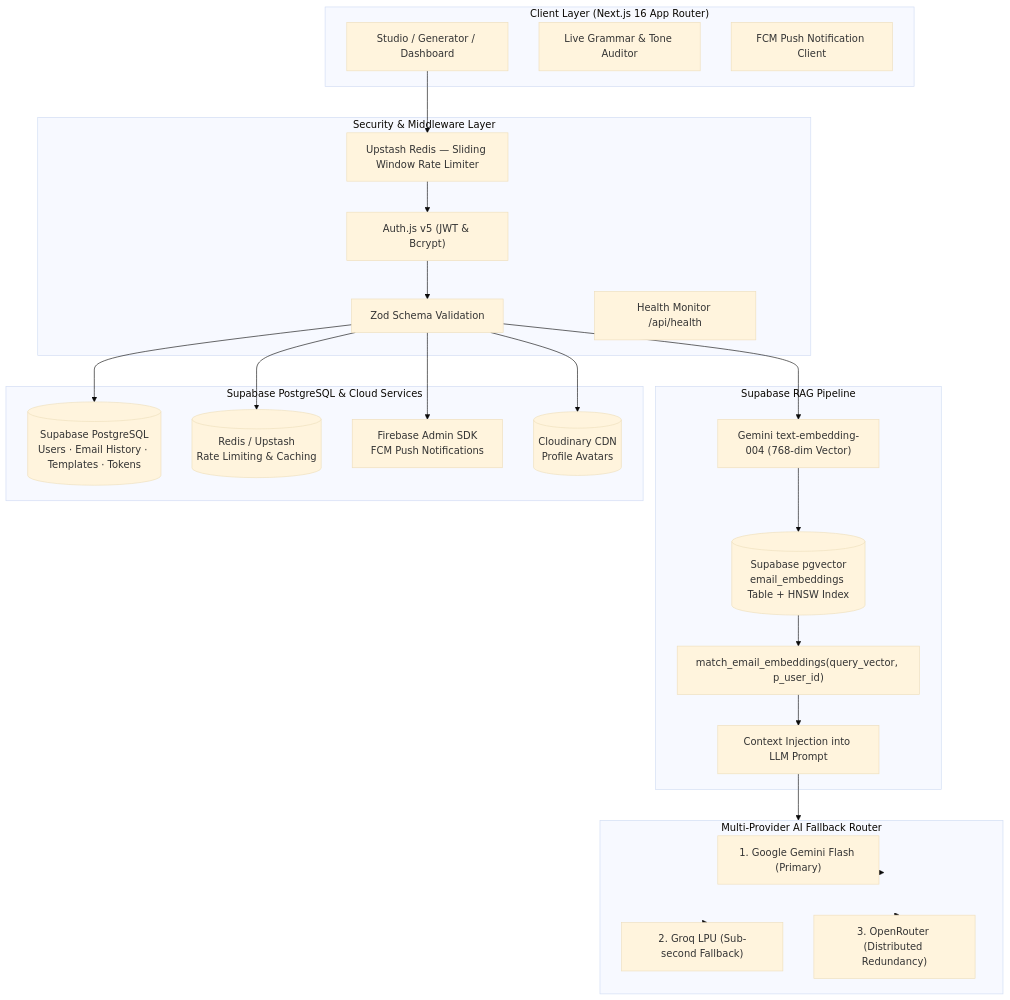
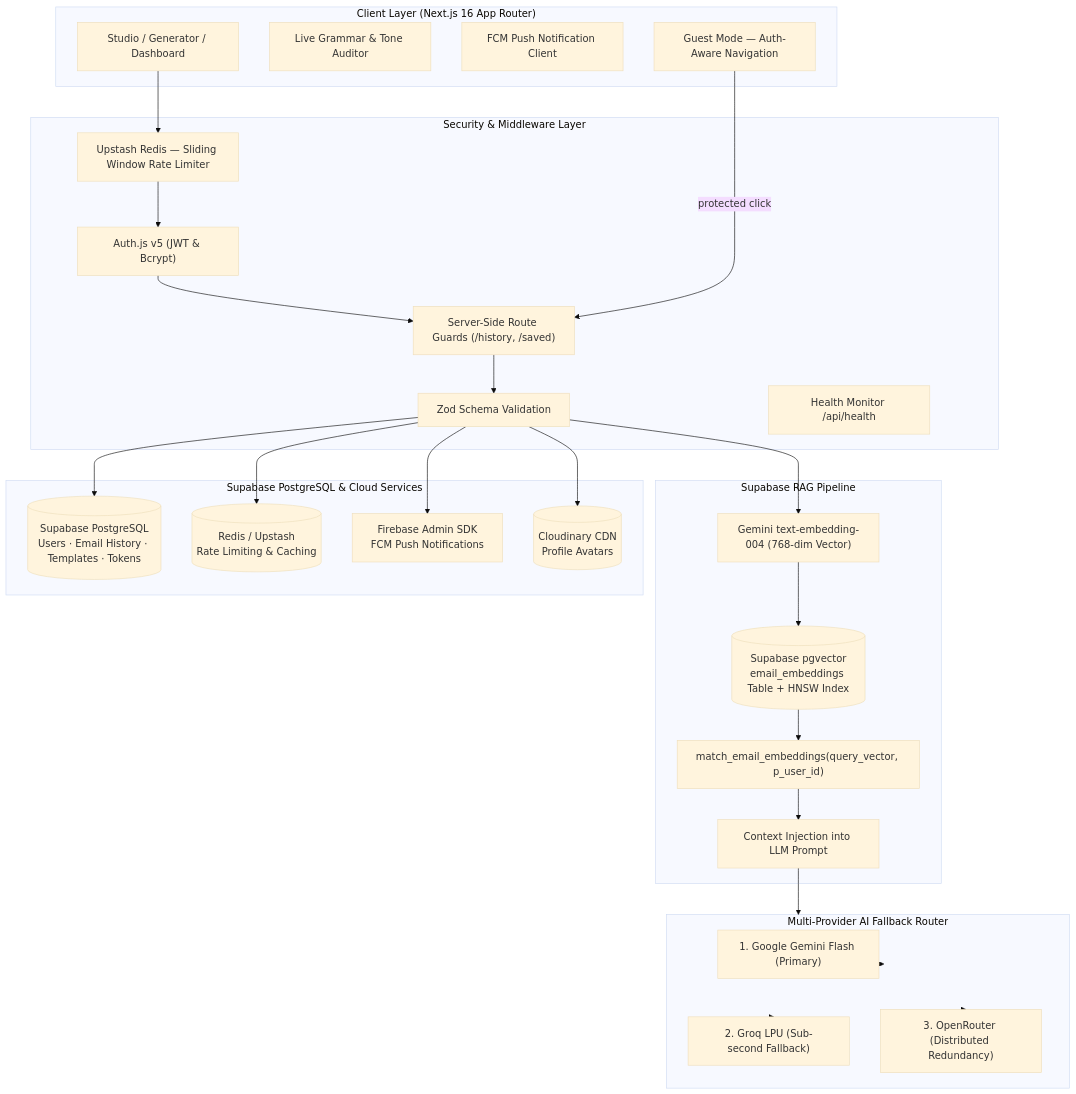
The diagram in README.md (Aman5ingh19/MailGenius---AI-Email-Assistant), drawn with Mermaid (base theme) before and after one commit. The commit also changed other lines of this file, not shown here.

Commit message:
docs: update README with parallel queries, shimmer skeletons, guest mode coverage, Docker & CI/CD fixes

````diff
--- a/README.md
+++ b/README.md
@@ -102,46 +104,49 @@
 ```mermaid
 flowchart TD
     subgraph Client ["Client Layer (Next.js 16 App Router)"]
         UI["Studio / Generator / Dashboard"]
         Audit["Live Grammar & Tone Auditor"]
         FCM_UI["FCM Push Notification Client"]
+        GuestUI["Guest Mode — Auth-Aware Navigation"]
     end
 
     subgraph Security ["Security & Middleware Layer"]
         RL["Upstash Redis — Sliding Window Rate Limiter"]
         Auth["Auth.js v5 (JWT & Bcrypt)"]
         Val["Zod Schema Validation"]
+        RouteGuard["Server-Side Route Guards (/history, /saved)"]
         Obs["Health Monitor /api/health"]
     end
 
     subgraph RAG_Engine ["Supabase RAG Pipeline"]
         Embed["Gemini text-embedding-004 (768-dim Vector)"]
         pgvector[("Supabase pgvector\nemail_embeddings Table + HNSW Index")]
         RPC["match_email_embeddings(query_vector, p_user_id)"]
         ContextInject["Context Injection into LLM Prompt"]
     end
 
     subgraph Router ["Multi-Provider AI Fallback Router"]
         Gemini["1. Google Gemini Flash (Primary)"]
         Groq["2. Groq LPU (Sub-second Fallback)"]
         OpenRouter["3. OpenRouter (Distributed Redundancy)"]
     end
 
     subgraph Storage ["Supabase PostgreSQL & Cloud Services"]
         SupabaseDB[("Supabase PostgreSQL\nUsers · Email History · Templates · Tokens")]
         RedisServ[("Redis / Upstash\nRate Limiting & Caching")]
         FirebaseAdmin["Firebase Admin SDK\nFCM Push Notifications"]
         Cloudinary[("Cloudinary CDN\nProfile Avatars")]
     end
 
-    UI --> RL --> Auth --> Val
+    UI --> RL --> Auth --> RouteGuard --> Val
+    GuestUI -- "protected click" --> RouteGuard
     Val --> Embed --> pgvector --> RPC --> ContextInject
     ContextInject --> Router
     Router --> Gemini
     Router -.-> Groq
     Router -.-> OpenRouter
     Val --> SupabaseDB
     Val --> RedisServ
     Val --> FirebaseAdmin
     Val --> Cloudinary
 ```
````
